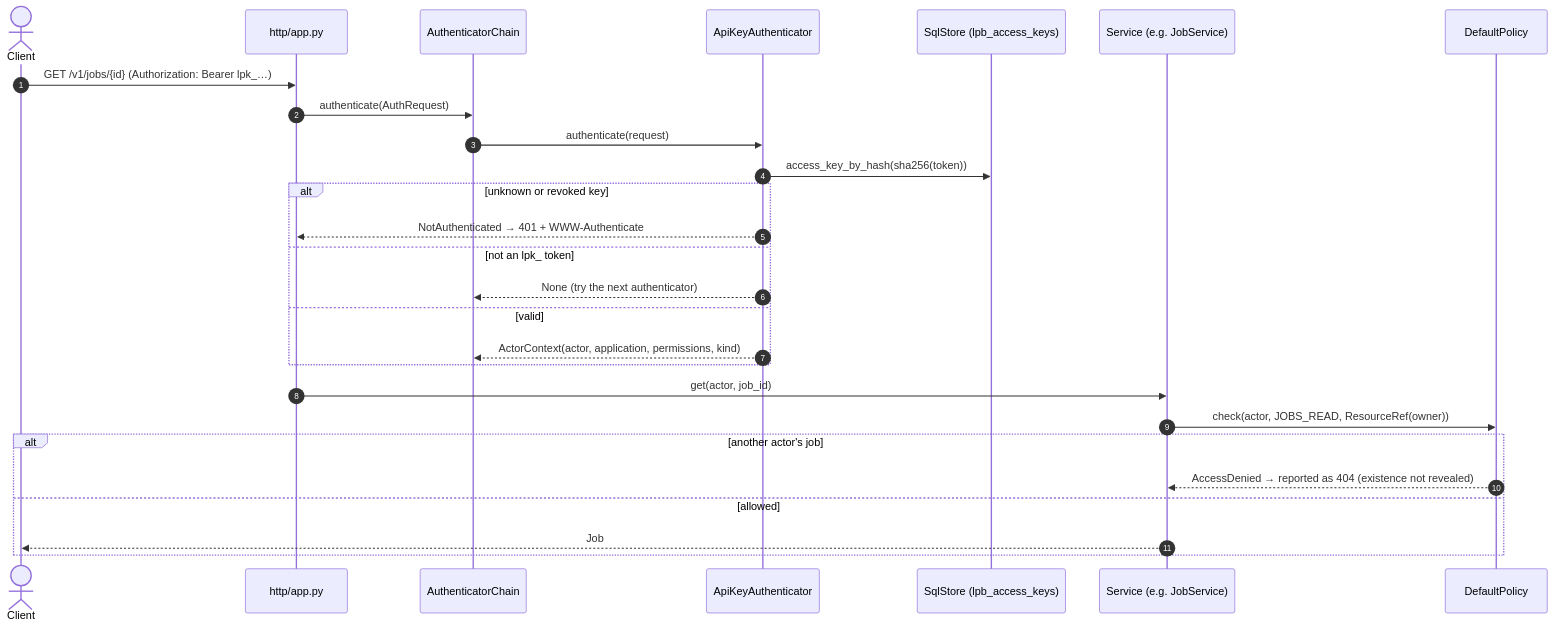
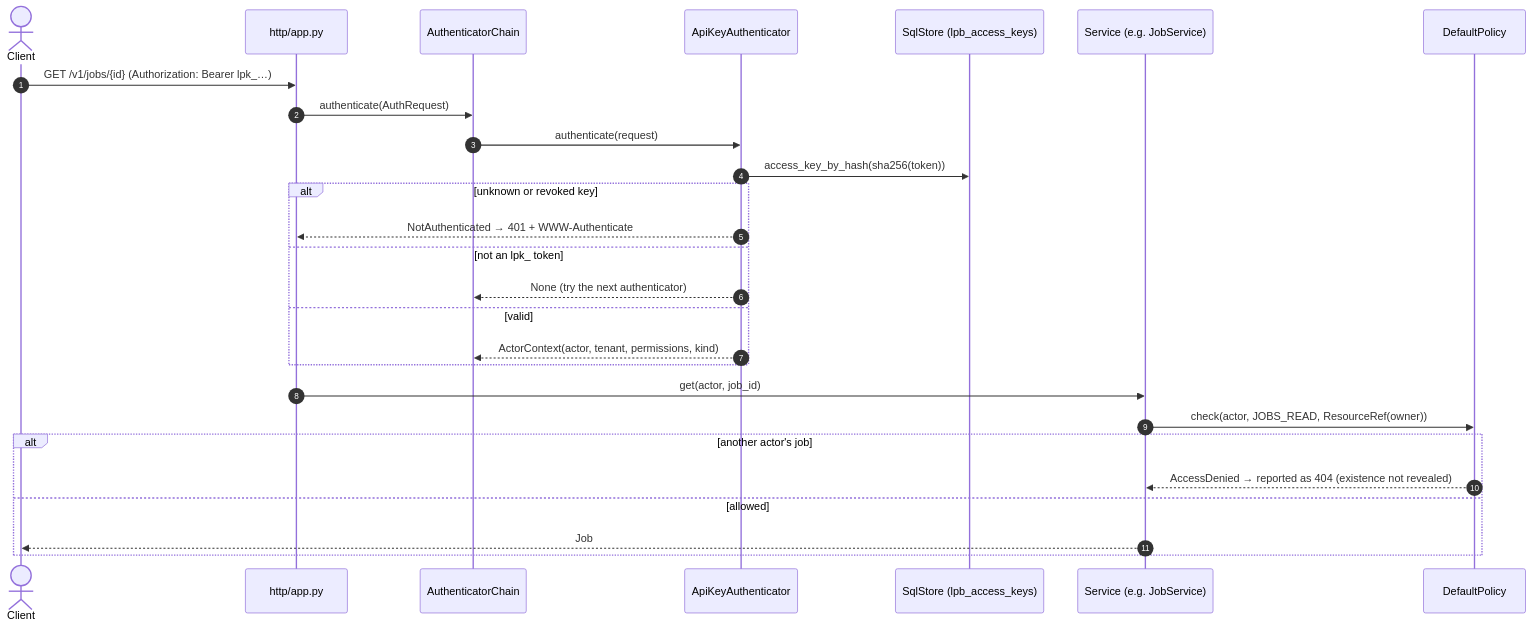
The fourth of 12 diagrams in docs/design-docs/architecture-diagrams.md (NE-Build-Track/livepeer-builder-core), drawn with Mermaid before and after one commit. The commit also changed 113 other files, not shown here.

First line of the commit message:
refactor(api)!: application_id becomes tenant_id, in records too (#163)

````diff
--- a/docs/design-docs/architecture-diagrams.md
+++ b/docs/design-docs/architecture-diagrams.md
@@ -122,29 +122,29 @@
 ```mermaid
 sequenceDiagram
     autonumber
     actor C as Client
     participant H as http/app.py
     participant Chain as AuthenticatorChain
     participant K as ApiKeyAuthenticator
     participant S as SqlStore (lpb_access_keys)
     participant Svc as Service (e.g. JobService)
     participant P as DefaultPolicy
     C->>H: GET /v1/jobs/{id} (Authorization: Bearer lpk_…)
     H->>Chain: authenticate(AuthRequest)
     Chain->>K: authenticate(request)
     K->>S: access_key_by_hash(sha256(token))
     alt unknown or revoked key
         K-->>H: NotAuthenticated → 401 + WWW-Authenticate
     else not an lpk_ token
         K-->>Chain: None (try the next authenticator)
     else valid
-        K-->>Chain: ActorContext(actor, application, permissions, kind)
+        K-->>Chain: ActorContext(actor, tenant, permissions, kind)
     end
     H->>Svc: get(actor, job_id)
     Svc->>P: check(actor, JOBS_READ, ResourceRef(owner))
     alt another actor's job
         P-->>Svc: AccessDenied → reported as 404 (existence not revealed)
     else allowed
         Svc-->>C: Job
     end
 ```
````
